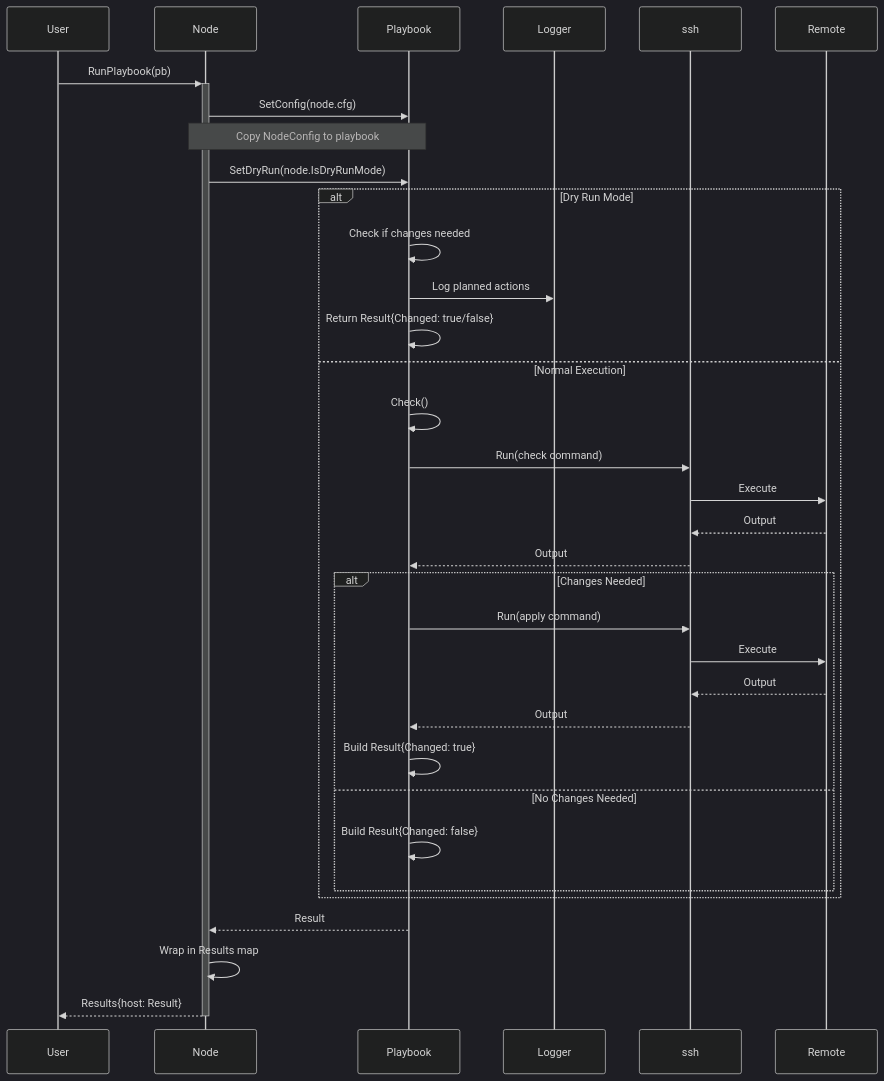
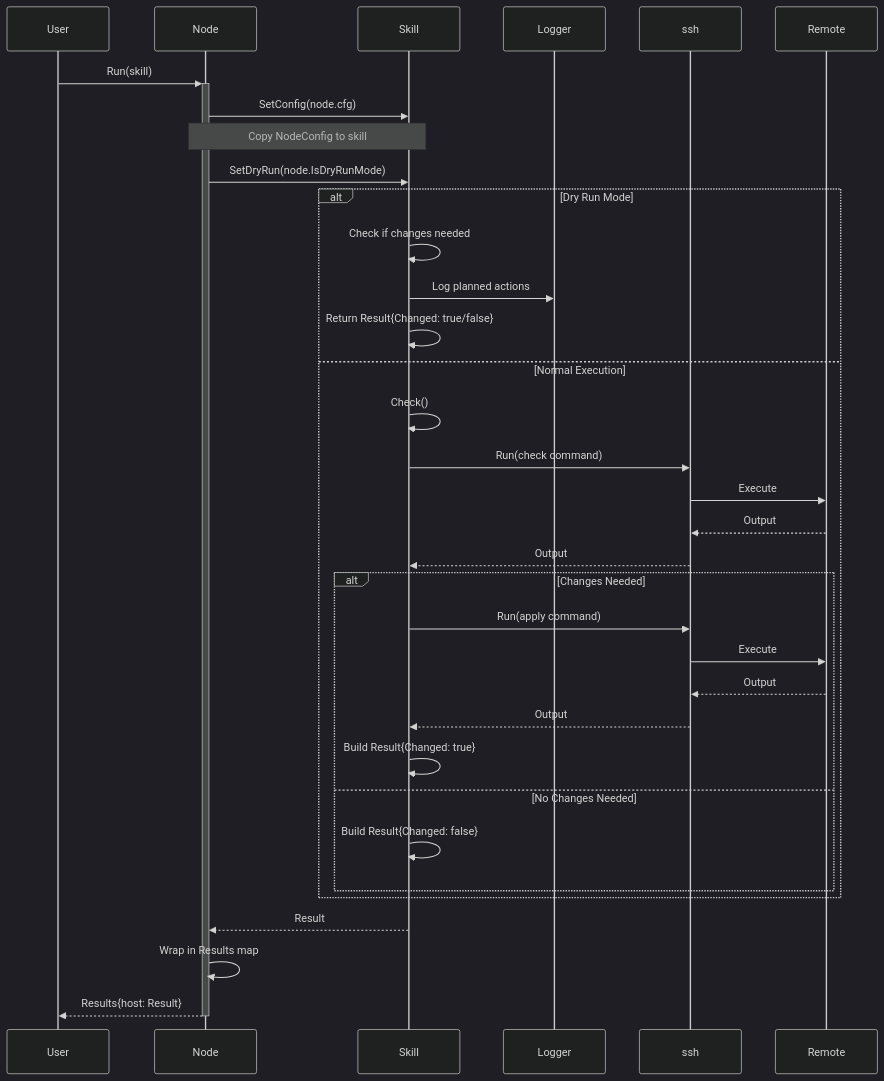
Before and after one commit to dracory/ork: the fifth of 14 diagrams in docs/livewiki/data_flow.md, drawn with Mermaid (dark theme). The commit also changed other lines of this file and 4 other files, not shown here.

````diff
--- a/docs/livewiki/data_flow.md
+++ b/docs/livewiki/data_flow.md
@@ -122,35 +126,35 @@
 ```mermaid
 sequenceDiagram
-    User->>+Node: RunPlaybook(pb)
+    User->>+Node: Run(skill)
     
-    Node->>Playbook: SetConfig(node.cfg)
-    Note over Node,Playbook: Copy NodeConfig to playbook
+    Node->>Skill: SetConfig(node.cfg)
+    Note over Node,Skill: Copy NodeConfig to skill
     
-    Node->>Playbook: SetDryRun(node.IsDryRunMode)
+    Node->>Skill: SetDryRun(node.IsDryRunMode)
     
     alt Dry Run Mode
-        Playbook->>Playbook: Check if changes needed
-        Playbook->>Logger: Log planned actions
-        Playbook->>Playbook: Return Result{Changed: true/false}
+        Skill->>Skill: Check if changes needed
+        Skill->>Logger: Log planned actions
+        Skill->>Skill: Return Result{Changed: true/false}
     else Normal Execution
-        Playbook->>Playbook: Check()
-        Playbook->>ssh: Run(check command)
+        Skill->>Skill: Check()
+        Skill->>ssh: Run(check command)
         ssh->>Remote: Execute
         Remote-->>ssh: Output
-        ssh-->>Playbook: Output
+        ssh-->>Skill: Output
         
         alt Changes Needed
-            Playbook->>ssh: Run(apply command)
+            Skill->>ssh: Run(apply command)
             ssh->>Remote: Execute
             Remote-->>ssh: Output
-            ssh-->>Playbook: Output
-            Playbook->>Playbook: Build Result{Changed: true}
+            ssh-->>Skill: Output
+            Skill->>Skill: Build Result{Changed: true}
         else No Changes Needed
-            Playbook->>Playbook: Build Result{Changed: false}
+            Skill->>Skill: Build Result{Changed: false}
         end
     end
     
-    Playbook-->>Node: Result
+    Skill-->>Node: Result
     Node->>Node: Wrap in Results map
     Node-->>-User: Results{host: Result}
 ```
````
